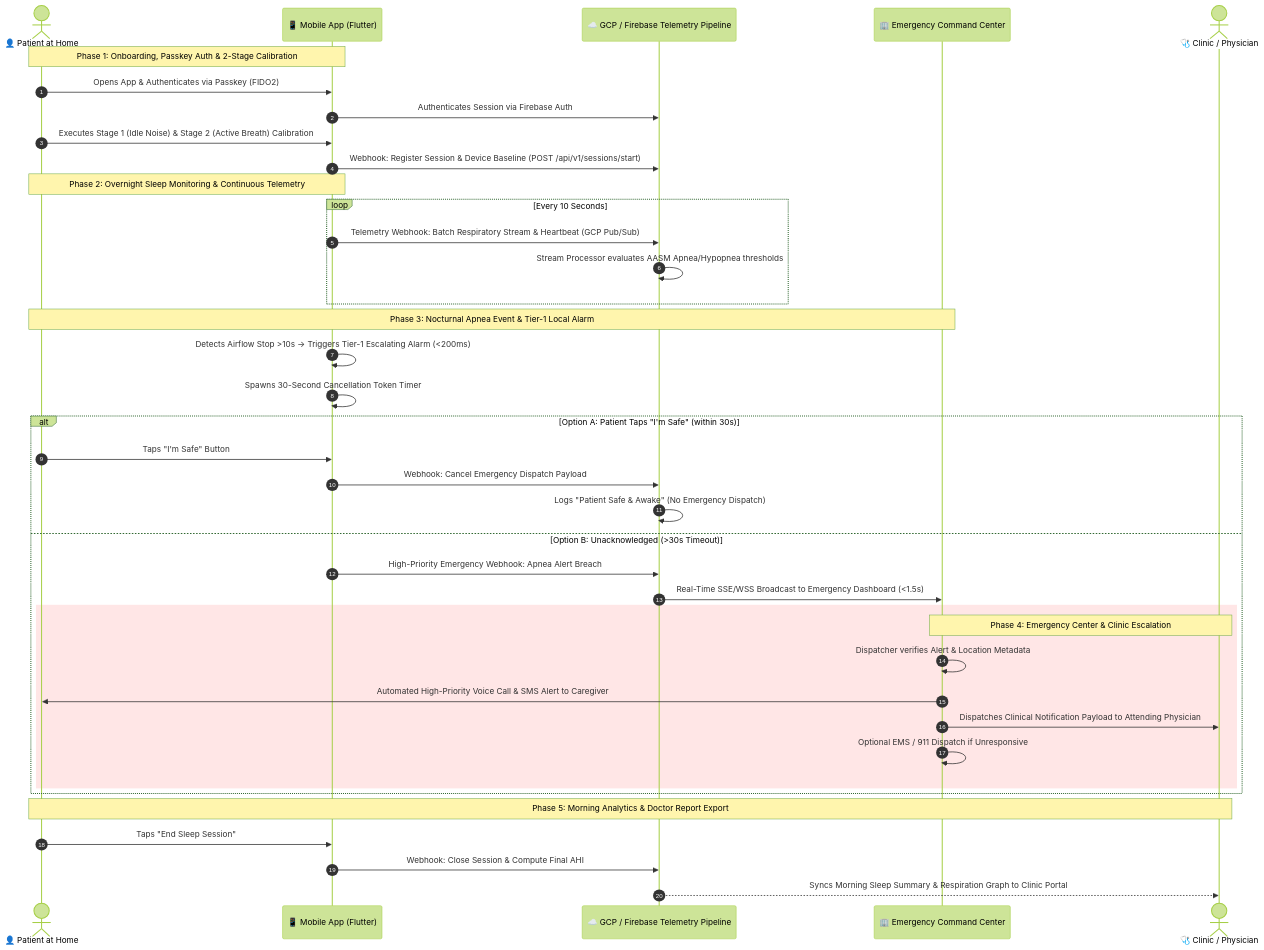
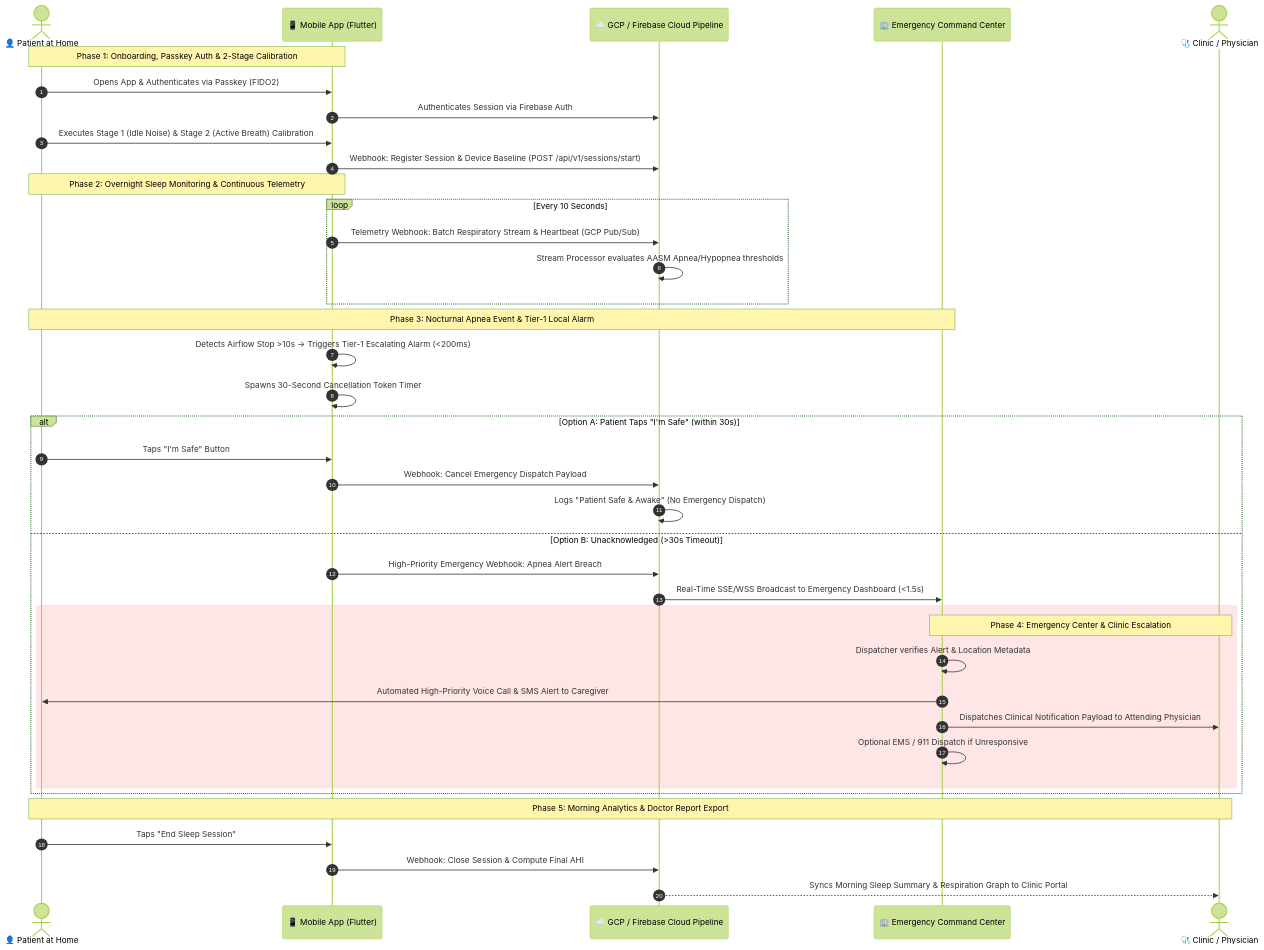
Before and after one commit to reidlai/masker-app: the third of 4 diagrams in _bmad-output/architecture/ARCHITECTURE-SPINE.md, drawn with Mermaid (forest theme). The commit also changed other lines of this file, not shown here.

Commit message:
docs: update Enterprise Architecture Specification (v4.0.0) with C4 Context, C4 Container, BPMN 2.0 workflows, and BPMN-derived Conceptual Data Architecture

````diff
--- a/_bmad-output/architecture/ARCHITECTURE-SPINE.md
+++ b/_bmad-output/architecture/ARCHITECTURE-SPINE.md
@@ -25,47 +97,47 @@
 ```mermaid
 sequenceDiagram
     autonumber
     actor Patient as 👤 Patient at Home
     participant Mobile as 📱 Mobile App (Flutter)
-    participant Cloud as ☁️ GCP / Firebase Telemetry Pipeline
+    participant Cloud as ☁️ GCP / Firebase Cloud Pipeline
     participant Command as 🏢 Emergency Command Center
     actor Doctor as 🩺 Clinic / Physician
 
     Note over Patient, Mobile: Phase 1: Onboarding, Passkey Auth & 2-Stage Calibration
     Patient->>Mobile: Opens App & Authenticates via Passkey (FIDO2)
     Mobile->>Cloud: Authenticates Session via Firebase Auth
     Patient->>Mobile: Executes Stage 1 (Idle Noise) & Stage 2 (Active Breath) Calibration
     Mobile->>Cloud: Webhook: Register Session & Device Baseline (POST /api/v1/sessions/start)
 
     Note over Patient, Mobile: Phase 2: Overnight Sleep Monitoring & Continuous Telemetry
     loop Every 10 Seconds
         Mobile->>Cloud: Telemetry Webhook: Batch Respiratory Stream & Heartbeat (GCP Pub/Sub)
         Cloud->>Cloud: Stream Processor evaluates AASM Apnea/Hypopnea thresholds
     end
 
     Note over Patient, Command: Phase 3: Nocturnal Apnea Event & Tier-1 Local Alarm
     Mobile->>Mobile: Detects Airflow Stop >10s -> Triggers Tier-1 Escalating Alarm (<200ms)
     Mobile->>Mobile: Spawns 30-Second Cancellation Token Timer
     
     alt Option A: Patient Taps "I'm Safe" (within 30s)
         Patient->>Mobile: Taps "I'm Safe" Button
         Mobile->>Cloud: Webhook: Cancel Emergency Dispatch Payload
         Cloud->>Cloud: Logs "Patient Safe & Awake" (No Emergency Dispatch)
     else Option B: Unacknowledged (>30s Timeout)
         Mobile->>Cloud: High-Priority Emergency Webhook: Apnea Alert Breach
         Cloud->>Command: Real-Time SSE/WSS Broadcast to Emergency Dashboard (<1.5s)
         
         rect rgb(255, 230, 230)
             Note over Command, Doctor: Phase 4: Emergency Center & Clinic Escalation
             Command->>Command: Dispatcher verifies Alert & Location Metadata
             Command->>Patient: Automated High-Priority Voice Call & SMS Alert to Caregiver
             Command->>Doctor: Dispatches Clinical Notification Payload to Attending Physician
             Command->>Command: Optional EMS / 911 Dispatch if Unresponsive
         end
     end
 
     Note over Patient, Doctor: Phase 5: Morning Analytics & Doctor Report Export
     Patient->>Mobile: Taps "End Sleep Session"
     Mobile->>Cloud: Webhook: Close Session & Compute Final AHI
     Cloud-->>Doctor: Syncs Morning Sleep Summary & Respiration Graph to Clinic Portal
 ```
````
